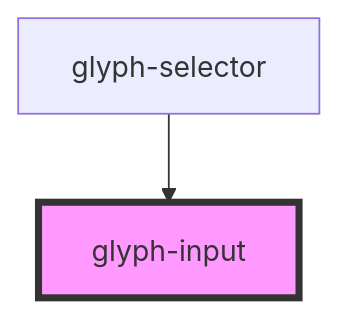
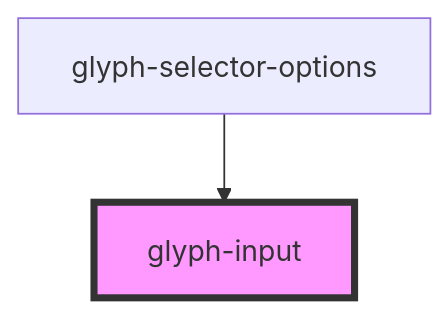
Before and after one commit to adrianiy/synth-ui: the diagram in packages/glyph-components/src/components/input/readme.md, drawn with Mermaid. The commit also changed other lines of this file and 18 other files, not shown here.

````diff
--- a/packages/glyph-components/src/components/input/readme.md
+++ b/packages/glyph-components/src/components/input/readme.md
@@ -35,5 +35,5 @@
 ```mermaid
 graph TD;
-  glyph-selector --> glyph-input
+  glyph-selector-options --> glyph-input
   style glyph-input fill:#f9f,stroke:#333,stroke-width:4px
 ```
````
